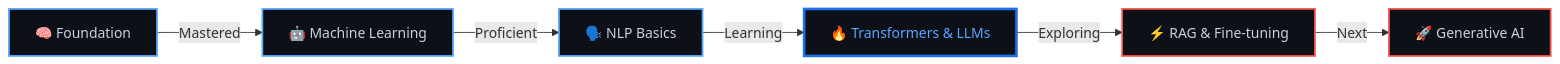
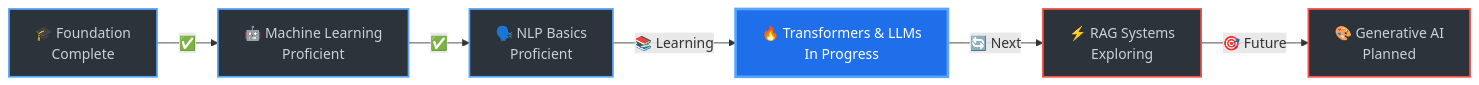
The diagram in README.md (Kartikgc9/Kartikgc9), drawn with Mermaid before and after one commit. The commit also changed other lines of this file, not shown here.

````diff
--- a/README.md
+++ b/README.md
@@ -281,15 +248,15 @@
 ```mermaid
 graph LR
-    A[🧠 Foundation] -->|Mastered| B[🤖 Machine Learning]
-    B -->|Proficient| C[🗣️ NLP Basics]
-    C -->|Learning| D[🔥 Transformers & LLMs]
-    D -->|Exploring| E[⚡ RAG & Fine-tuning]
-    E -->|Next| F[🚀 Generative AI]
+    A[🎓 Foundation<br/>Complete] -->|✅| B[🤖 Machine Learning<br/>Proficient]
+    B -->|✅| C[🗣️ NLP Basics<br/>Proficient]
+    C -->|📚 Learning| D[🔥 Transformers & LLMs<br/>In Progress]
+    D -->|🔄 Next| E[⚡ RAG Systems<br/>Exploring]
+    E -->|🎯 Future| F[🎨 Generative AI<br/>Planned]
     
-    style A fill:#0d1117,stroke:#58a6ff,stroke-width:2px,color:#c9d1d9
-    style B fill:#0d1117,stroke:#58a6ff,stroke-width:2px,color:#c9d1d9
-    style C fill:#0d1117,stroke:#58a6ff,stroke-width:2px,color:#c9d1d9
-    style D fill:#0d1117,stroke:#1f6feb,stroke-width:3px,color:#58a6ff
-    style E fill:#0d1117,stroke:#f85149,stroke-width:2px,color:#c9d1d9
-    style F fill:#0d1117,stroke:#f85149,stroke-width:2px,color:#c9d1d9
+    style A fill:#2d333b,stroke:#58a6ff,stroke-width:2px,color:#c9d1d9
+    style B fill:#2d333b,stroke:#58a6ff,stroke-width:2px,color:#c9d1d9
+    style C fill:#2d333b,stroke:#58a6ff,stroke-width:2px,color:#c9d1d9
+    style D fill:#1f6feb,stroke:#58a6ff,stroke-width:3px,color:#ffffff
+    style E fill:#2d333b,stroke:#f85149,stroke-width:2px,color:#c9d1d9
+    style F fill:#2d333b,stroke:#f85149,stroke-width:2px,color:#c9d1d9
 ```
````
